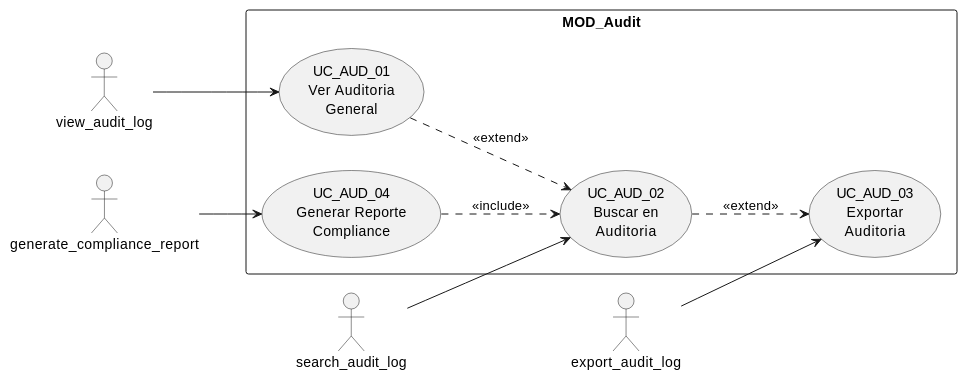
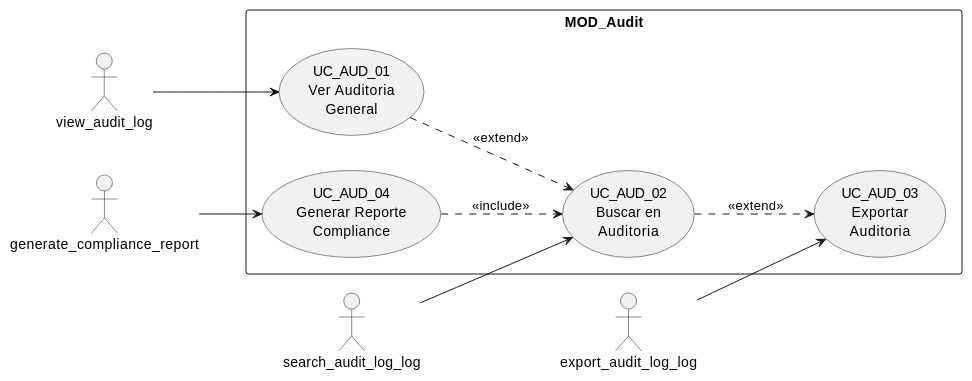
One commit to jcg-admin/IACT-docs changed the eighth of 13 diagrams in source/arquitectura-tecnica/diagramas-uc-por-modulo.rst. Above: the diagram before and after it, drawn with PlantUML. The commit also changed other lines of this file and 108 other files, not shown here.

First line of the commit message:
Apply catalog function names to non-diagram RST files

```diff
--- a/source/arquitectura-tecnica/diagramas-uc-por-modulo.rst
+++ b/source/arquitectura-tecnica/diagramas-uc-por-modulo.rst
@@ -356,28 +356,28 @@
 .. uml::
  :caption: Figura 23 — MOD_Audit: casos de uso
 
  @startuml
  left to right direction
 
  actor "view_audit_log" as VGA
- actor "search_audit_log" as SA
- actor "export_audit_log" as EA
+ actor "search_audit_log_log" as SA
+ actor "export_audit_log_log" as EA
  actor "generate_compliance_report" as GCR
 
  rectangle "MOD_Audit" {
    usecase "UC_AUD_01\nVer Auditoria\nGeneral" as A01
    usecase "UC_AUD_02\nBuscar en\nAuditoria" as A02
    usecase "UC_AUD_03\nExportar\nAuditoria" as A03
    usecase "UC_AUD_04\nGenerar Reporte\nCompliance" as A04
  }
 
  VGA --> A01
  SA --> A02
  EA --> A03
  GCR --> A04
 
  A01 ..> A02 : <<extend>>
  A02 ..> A03 : <<extend>>
  A04 ..> A02 : <<include>>
 
  @enduml
```
